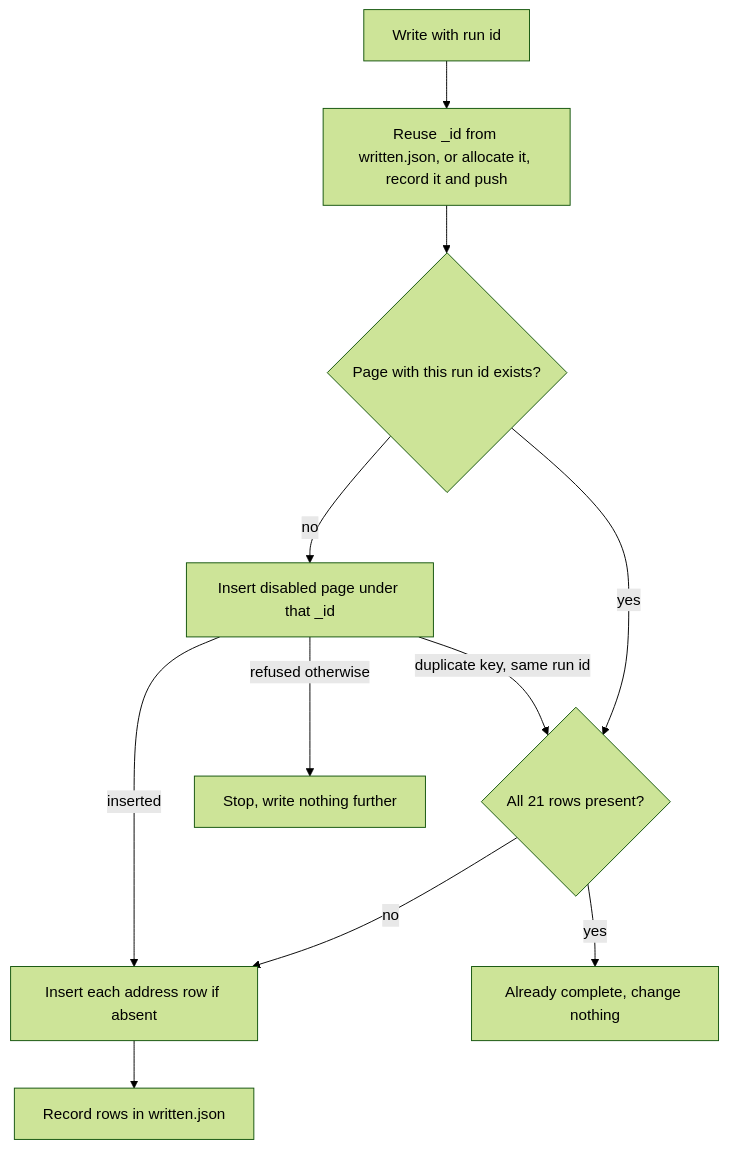
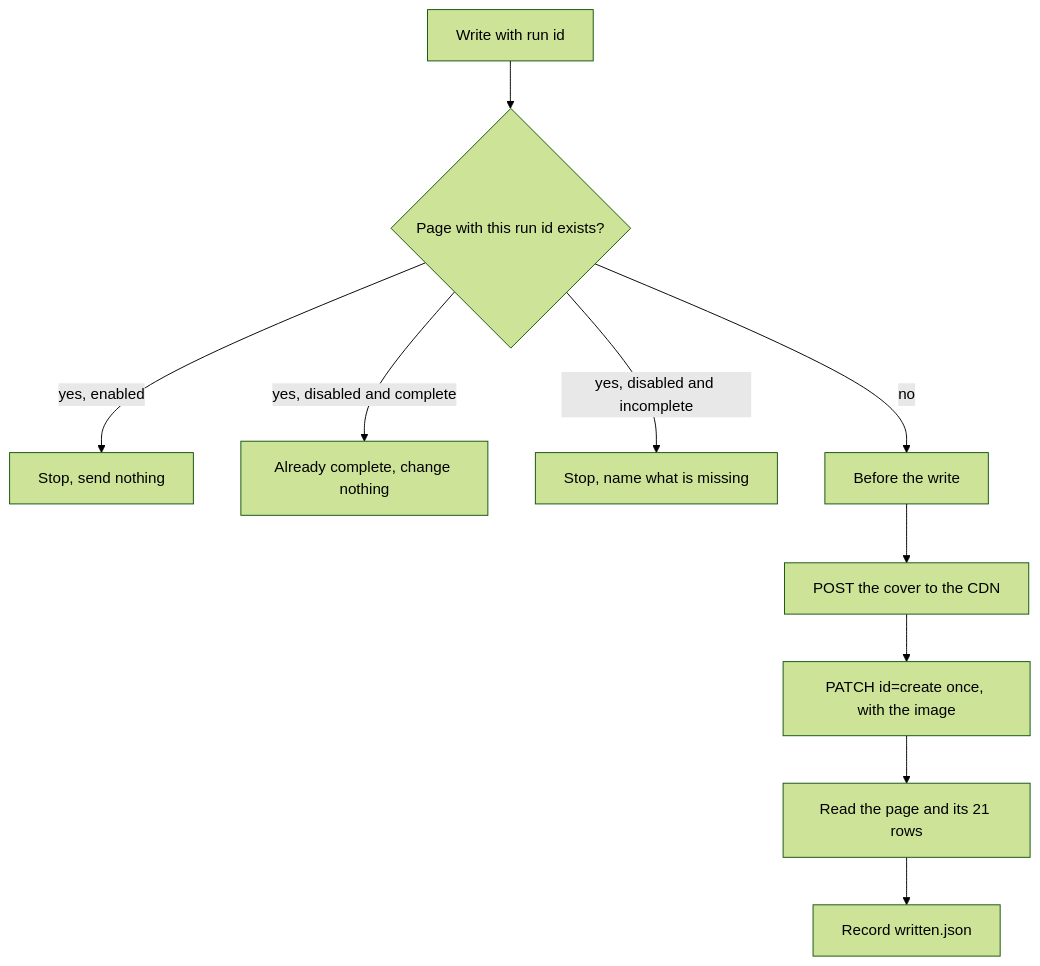
One commit to bycko/robotoy-blog-creator changed the diagram in spec/18-review-and-write.md. Above: the diagram before and after it, drawn with Mermaid (forest theme). The commit also changed other lines of this file and 15 other files, not shown here.

First line of the commit message:
spec: post each article with its cover through the admin save

````diff
--- a/spec/18-review-and-write.md
+++ b/spec/18-review-and-write.md
@@ -339,13 +339,12 @@
 ```mermaid
 flowchart TB
-  W[Write with run id] --> ID[Reuse _id from written.json, or allocate it, record it and push]
-  ID --> F{Page with this run id exists?}
-  F -->|no| INS[Insert disabled page under that _id]
-  INS -->|duplicate key, same run id| MISS
-  INS -->|inserted| ROWS[Insert each address row if absent]
-  F -->|yes| MISS{All 21 rows present?}
-  MISS -->|yes| DONE[Already complete, change nothing]
-  MISS -->|no| ROWS
-  ROWS --> REC[Record rows in written.json]
-  INS -->|refused otherwise| STOP[Stop, write nothing further]
+  W[Write with run id] --> F{Page with this run id exists?}
+  F -->|yes, enabled| STOP[Stop, send nothing]
+  F -->|yes, disabled and complete| DONE[Already complete, change nothing]
+  F -->|yes, disabled and incomplete| STOP2[Stop, name what is missing]
+  F -->|no| PRE[Before the write]
+  PRE --> UP[POST the cover to the CDN]
+  UP --> SAVE["PATCH id=create once, with the image"]
+  SAVE --> CHECK[Read the page and its 21 rows]
+  CHECK --> REC[Record written.json]
 ```
````
